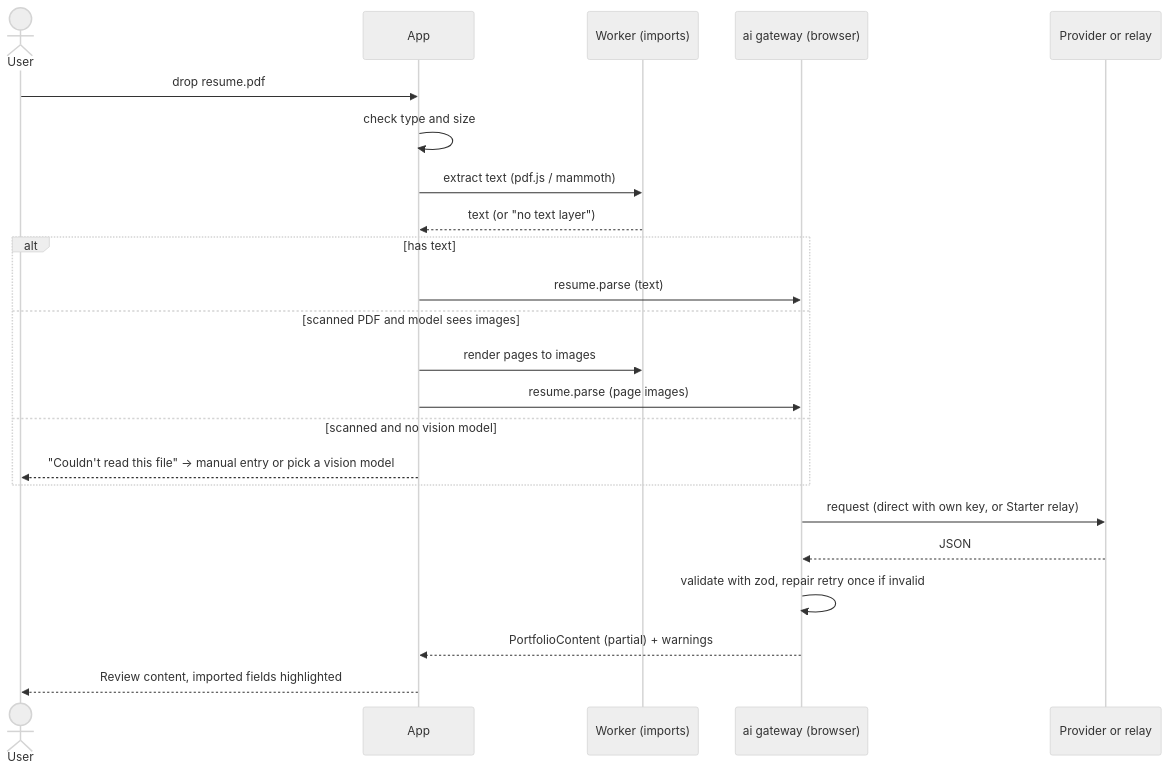
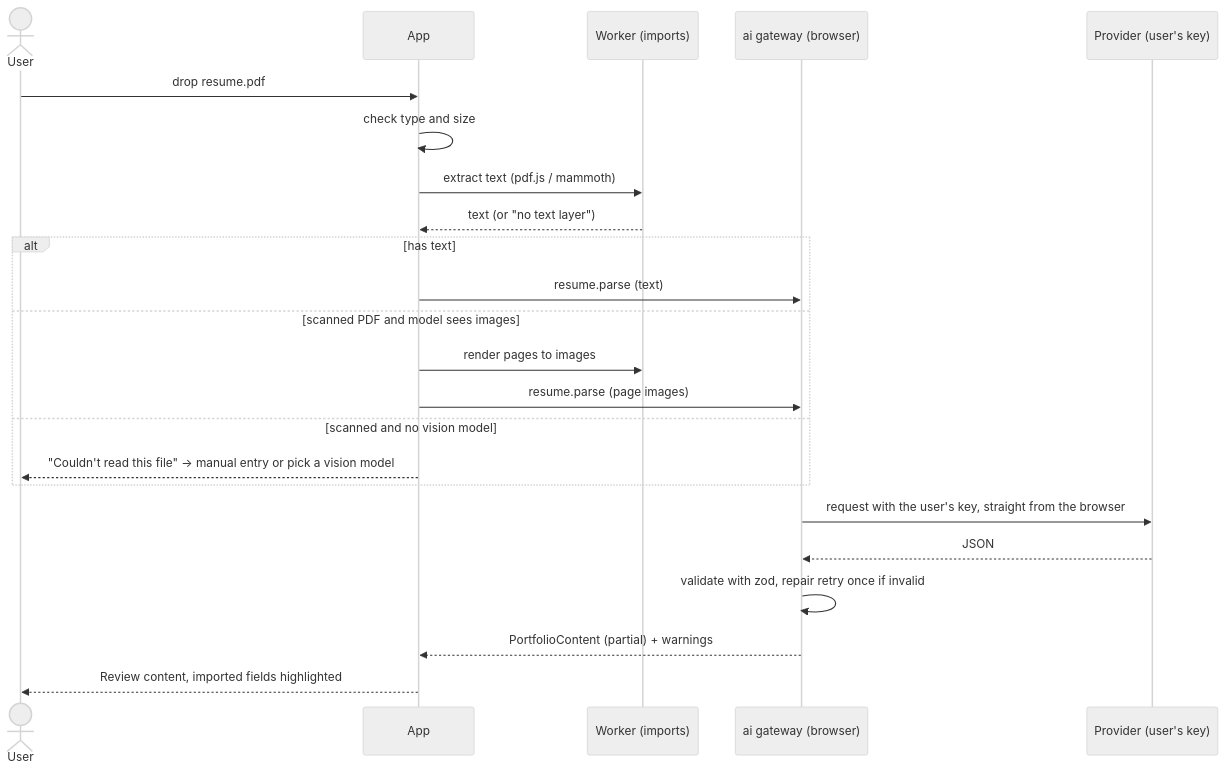
The seventh of 17 diagrams in docs/ARCHITECTURE.md (iamsanuponnulli-hue/PORTFOLIO-BUILDER), drawn with Mermaid (neutral theme) before and after one commit. The commit also changed other lines of this file and 38 other files, not shown here.

````diff
--- a/docs/ARCHITECTURE.md
+++ b/docs/ARCHITECTURE.md
@@ -360,25 +347,25 @@
 ```mermaid
 sequenceDiagram
   actor U as User
   participant App
   participant W as Worker (imports)
   participant GW as ai gateway (browser)
-  participant P as Provider or relay
+  participant P as Provider (user's key)
   U->>App: drop resume.pdf
   App->>App: check type and size
   App->>W: extract text (pdf.js / mammoth)
   W-->>App: text (or "no text layer")
   alt has text
     App->>GW: resume.parse (text)
   else scanned PDF and model sees images
     App->>W: render pages to images
     App->>GW: resume.parse (page images)
   else scanned and no vision model
     App-->>U: "Couldn't read this file" → manual entry or pick a vision model
   end
-  GW->>P: request (direct with own key, or Starter relay)
+  GW->>P: request with the user's key, straight from the browser
   P-->>GW: JSON
   GW->>GW: validate with zod, repair retry once if invalid
   GW-->>App: PortfolioContent (partial) + warnings
   App-->>U: Review content, imported fields highlighted
 ```
````
